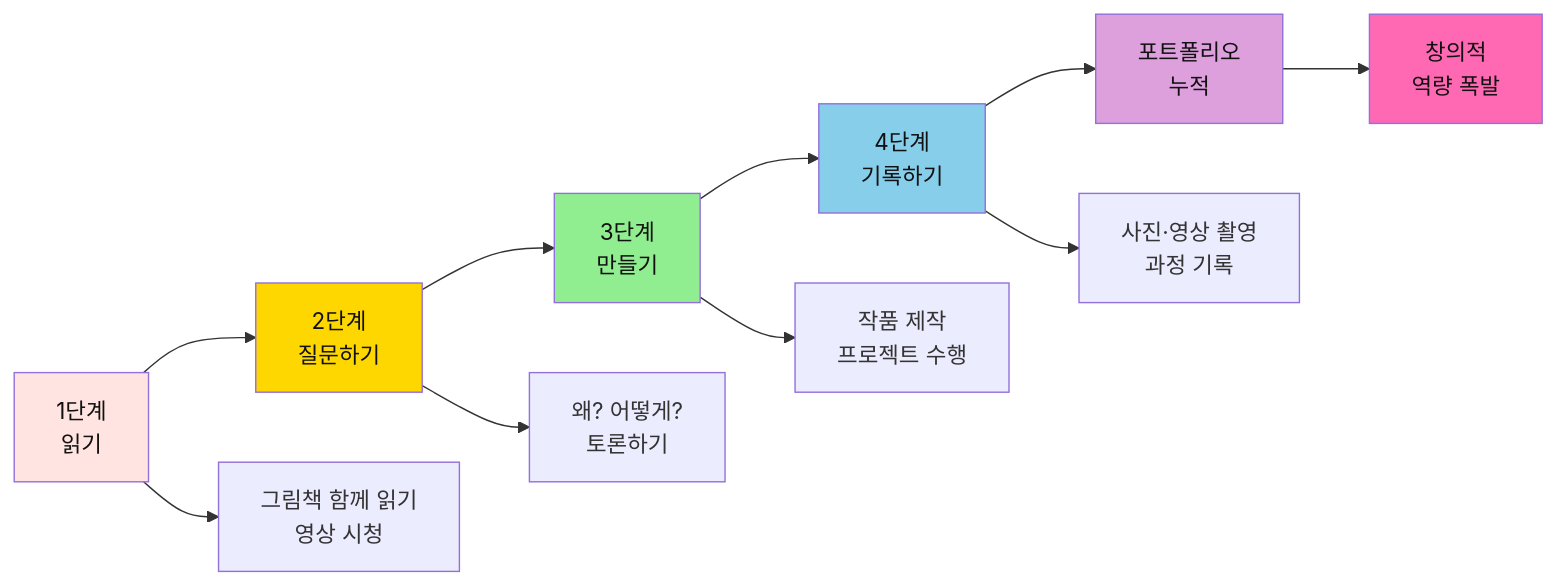
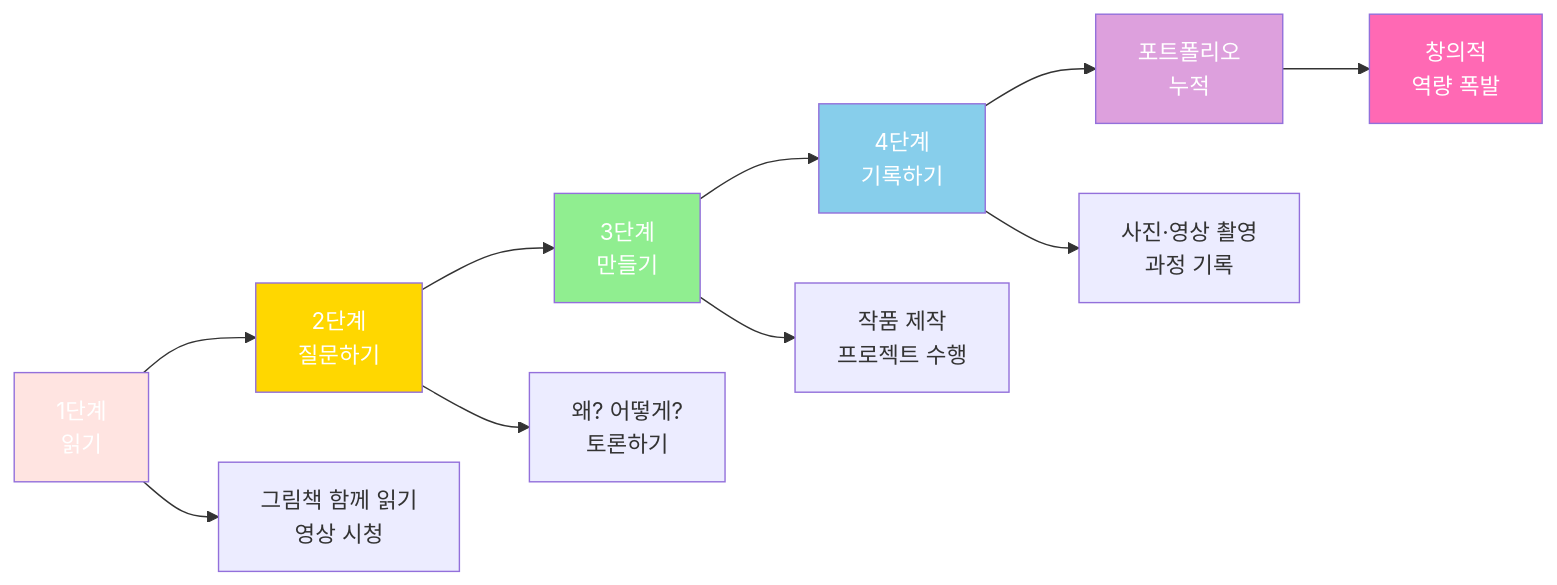
One commit to Collegenie-X/froebel changed diagram 11 of 34 in 3단계_프뢰벨_FAQ_핵심가치.md. Above: the diagram before and after it, drawn with Mermaid. The commit also changed other lines of this file and 4 other files, not shown here.

````diff
--- a/3단계_프뢰벨_FAQ_핵심가치.md
+++ b/3단계_프뢰벨_FAQ_핵심가치.md
@@ -633,20 +633,20 @@
 ```mermaid
 graph LR
     A[1단계<br/>읽기] --> B[2단계<br/>질문하기]
     B --> C[3단계<br/>만들기]
     C --> D[4단계<br/>기록하기]
     D --> E[포트폴리오<br/>누적]
     E --> F[창의적<br/>역량 폭발]
     
     A --> A1[그림책 함께 읽기<br/>영상 시청]
     B --> B1[왜? 어떻게?<br/>토론하기]
     C --> C1[작품 제작<br/>프로젝트 수행]
     D --> D1[사진·영상 촬영<br/>과정 기록]
     
-    style A fill:#FFE4E1,color:#111
-    style B fill:#FFD700,color:#111
-    style C fill:#90EE90,color:#111
-    style D fill:#87CEEB,color:#111
-    style E fill:#DDA0DD,color:#111
-    style F fill:#FF69B4,color:#111
+    style A fill:#FFE4E1,color:#fff
+    style B fill:#FFD700,color:#fff
+    style C fill:#90EE90,color:#fff
+    style D fill:#87CEEB,color:#fff
+    style E fill:#DDA0DD,color:#fff
+    style F fill:#FF69B4,color:#fff
 ```
````
